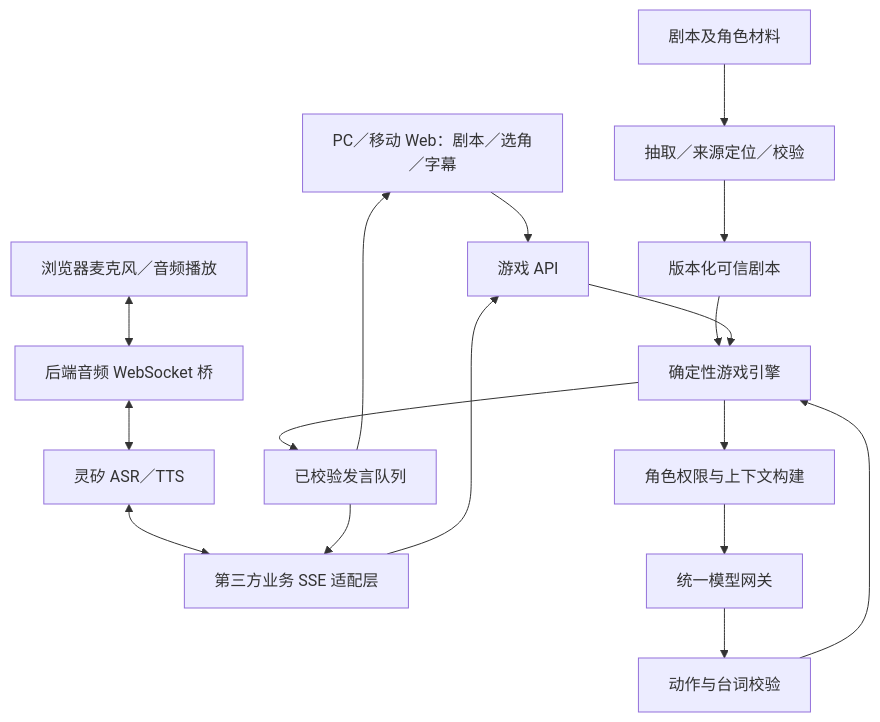
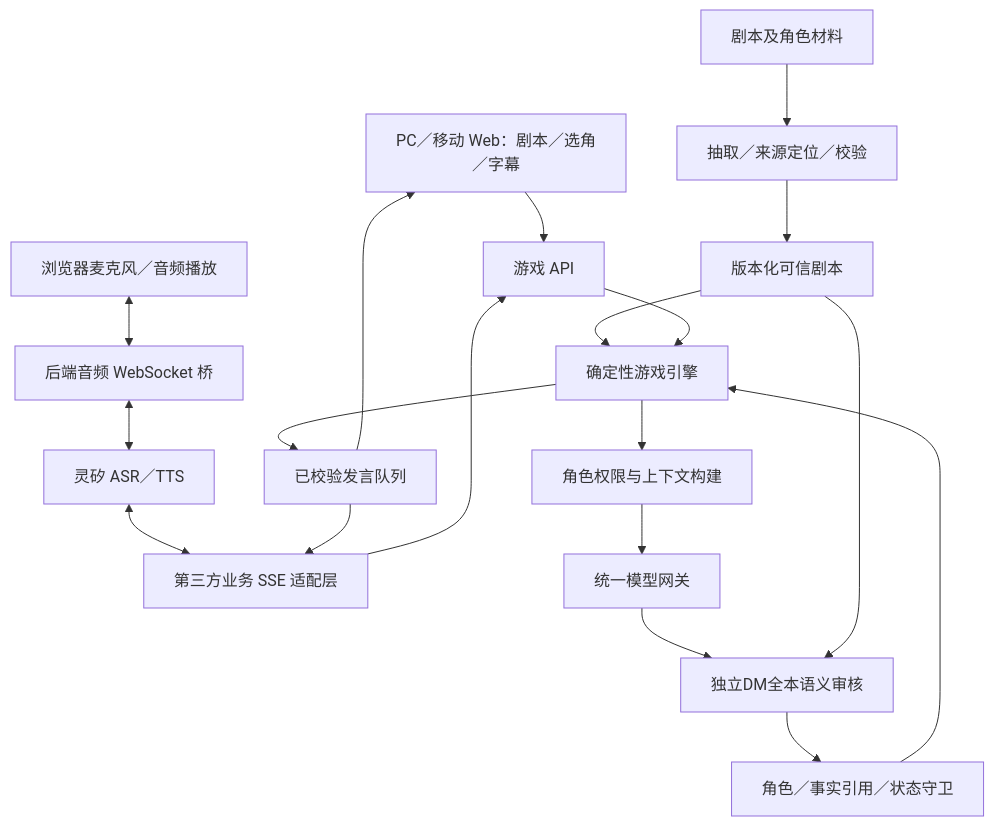
The diagram in docs/requirements-and-architecture.md (liudaomanbu/cyber-dm), drawn with Mermaid before and after one commit. The commit also changed other lines of this file and 88 other files, not shown here.

````diff
--- a/docs/requirements-and-architecture.md
+++ b/docs/requirements-and-architecture.md
@@ -79,19 +79,21 @@
 ```mermaid
 flowchart TD
   UI[PC／移动 Web：剧本／选角／字幕] --> API[游戏 API]
   Browser[浏览器麦克风／音频播放] <--> AudioBridge[后端音频 WebSocket 桥]
   AudioBridge <--> Linx[灵矽 ASR／TTS]
   Linx <--> Bridge[第三方业务 SSE 适配层]
   Bridge --> API
   Upload[剧本及角色材料] --> Compile[抽取／来源定位／校验]
   Compile --> Canon[版本化可信剧本]
   Canon --> Engine[确定性游戏引擎]
   API --> Engine
   Engine --> Scope[角色权限与上下文构建]
   Scope --> Gateway[统一模型网关]
-  Gateway --> Check[动作与台词校验]
+  Gateway --> Review[独立DM全本语义审核]
+  Canon --> Review
+  Review --> Check[角色／事实引用／状态守卫]
   Check --> Engine
   Engine --> Out[已校验发言队列]
   Out --> Bridge
   Out --> UI
 ```
````
